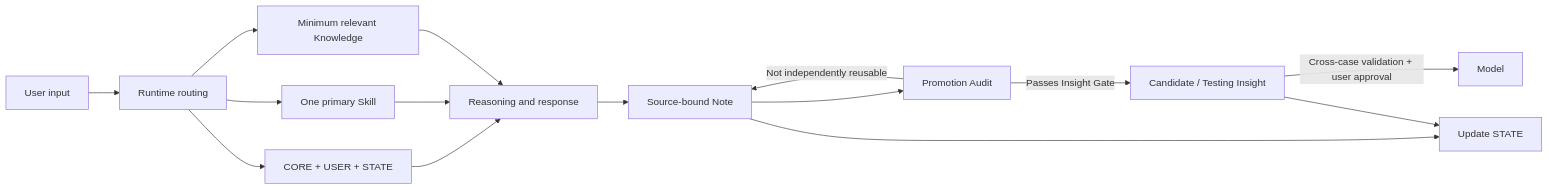
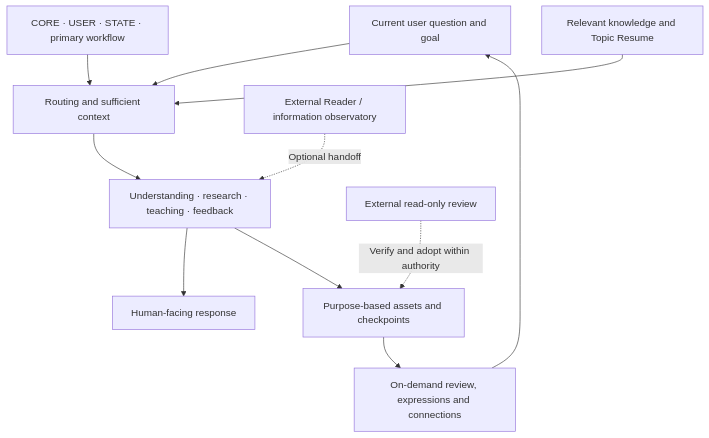
One commit to yuchengchai404-sketch/personal-world-model-harness changed the diagram in README.en.md. Above: the diagram before and after it, drawn with Mermaid. The commit also changed other lines of this file and 32 other files, not shown here.

````diff
--- a/README.en.md
+++ b/README.en.md
@@ -65,17 +47,13 @@
 ```mermaid
-flowchart LR
-    U["User input"] --> R["Runtime routing"]
-    R --> C["CORE + USER + STATE"]
-    R --> S["One primary Skill"]
-    R --> K["Minimum relevant Knowledge"]
-    C --> O["Reasoning and response"]
-    S --> O
-    K --> O
-    O --> N["Source-bound Note"]
-    N --> P["Promotion Audit"]
-    P -->|"Not independently reusable"| N
-    P -->|"Passes Insight Gate"| I["Candidate / Testing Insight"]
-    I -->|"Cross-case validation + user approval"| M["Model"]
-    N --> ST["Update STATE"]
-    I --> ST
+flowchart TB
+    U["Current user question and goal"] --> R["Routing and sufficient context"]
+    C["CORE · USER · STATE · primary workflow"] --> R
+    K["Relevant knowledge and Topic Resume"] --> R
+    R --> D["Understanding · research · teaching · feedback"]
+    D --> H["Human-facing response"]
+    D --> A["Purpose-based assets and checkpoints"]
+    A --> V["On-demand review, expressions and connections"]
+    V --> U
+    E["External Reader / information observatory"] -. "Optional handoff" .-> D
+    X["External read-only review"] -. "Verify and adopt within authority" .-> A
 ```
````
